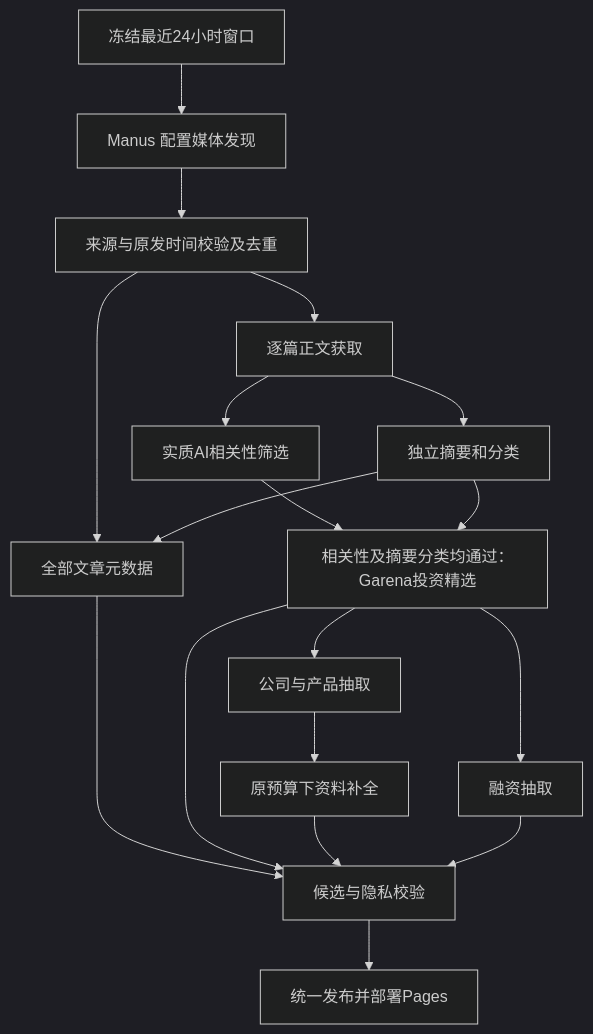
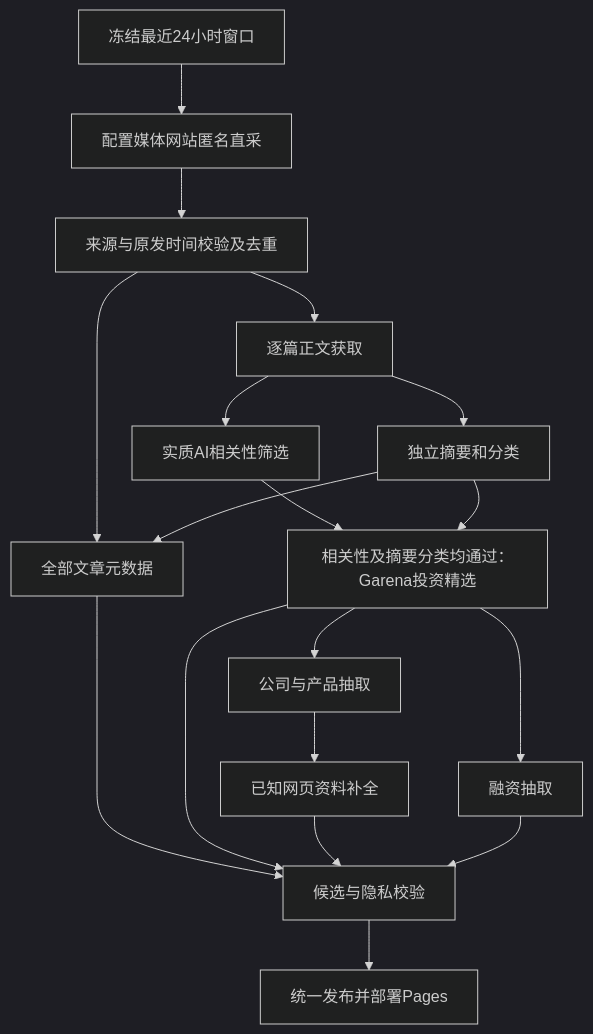
The diagram in docs/architecture/UNIFIED_NEWS_PIPELINE.md (hfshooting-alt/AI-HOT), drawn with Mermaid (dark theme) before and after one commit. The commit also changed other lines of this file and 32 other files, not shown here.

Commit message:
feat: default to direct collection and pause Manus services

````diff
--- a/docs/architecture/UNIFIED_NEWS_PIPELINE.md
+++ b/docs/architecture/UNIFIED_NEWS_PIPELINE.md
@@ -34,20 +34,20 @@
 ```mermaid
 flowchart TD
-    Start[冻结最近24小时窗口] --> Manus[Manus 配置媒体发现]
-    Manus --> Gate[来源与原发时间校验及去重]
+    Start[冻结最近24小时窗口] --> Direct[配置媒体网站匿名直采]
+    Direct --> Gate[来源与原发时间校验及去重]
     Gate --> All[全部文章元数据]
     Gate --> Body[逐篇正文获取]
     Body --> Relevance[实质AI相关性筛选]
     Body --> Label[独立摘要和分类]
     Label --> All
     Relevance --> Selected[相关性及摘要分类均通过：Garena投资精选]
     Label --> Selected
     Selected --> Company[公司与产品抽取]
-    Company --> Research[原预算下资料补全]
+    Company --> Research[已知网页资料补全]
     Selected --> Funding[融资抽取]
     All --> Review[候选与隐私校验]
     Selected --> Review
     Research --> Review
     Funding --> Review
     Review --> Publish[统一发布并部署Pages]
 ```
````
